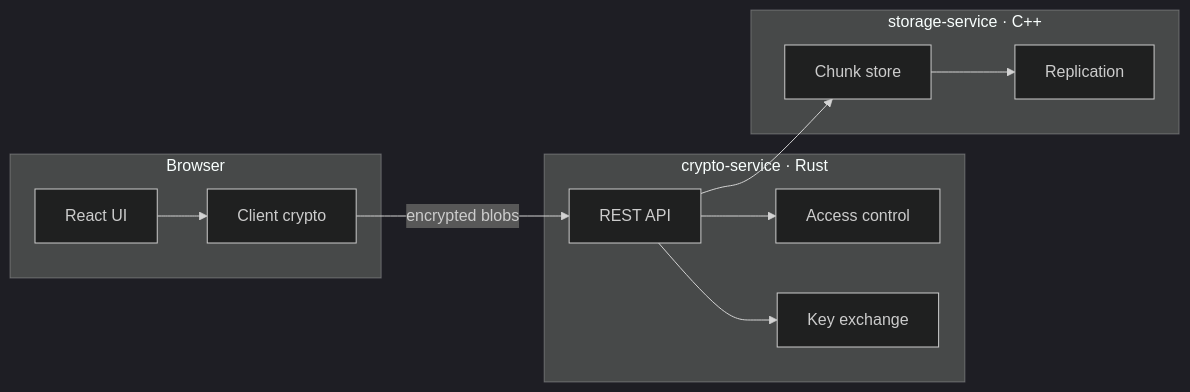
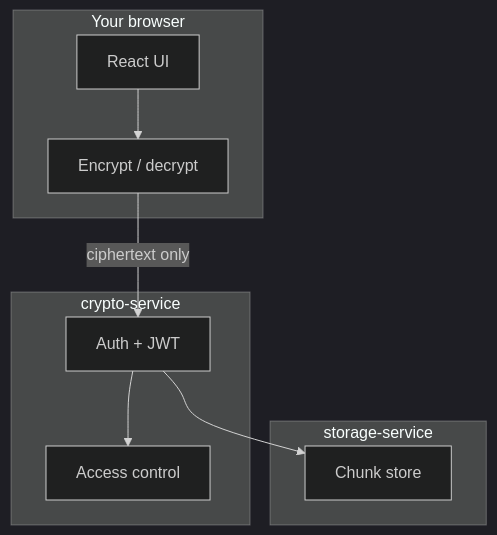
The diagram in README.md (fujai2004/SecureShare), drawn with Mermaid (dark theme) before and after one commit. The commit also changed other lines of this file and 9 other files, not shown here.

````diff
--- a/README.md
+++ b/README.md
@@ -7,25 +29,21 @@
 ```mermaid
-flowchart LR
-  subgraph client [Browser]
+flowchart TB
+  subgraph browser [Your browser]
     UI[React UI]
-    CE[Client crypto]
+    ENC[Encrypt / decrypt]
   end
 
-  subgraph control [crypto-service · Rust]
-    API[REST API]
-    AC[Access control]
-    KE[Key exchange]
+  subgraph rust [crypto-service]
+    AUTH[Auth + JWT]
+    ACL[Access control]
   end
 
-  subgraph data [storage-service · C++]
-    FS[Chunk store]
-    RP[Replication]
+  subgraph cpp [storage-service]
+    STORE[Chunk store]
   end
 
-  UI --> CE
-  CE -->|encrypted blobs| API
-  API --> AC
-  API --> KE
-  API --> FS
-  FS --> RP
+  UI --> ENC
+  ENC -->|ciphertext only| AUTH
+  AUTH --> ACL
+  AUTH --> STORE
 ```
````
